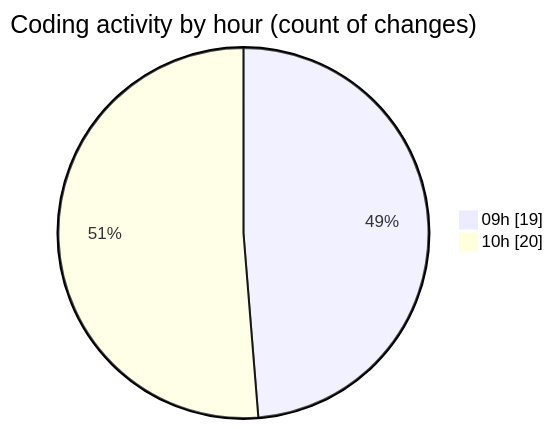
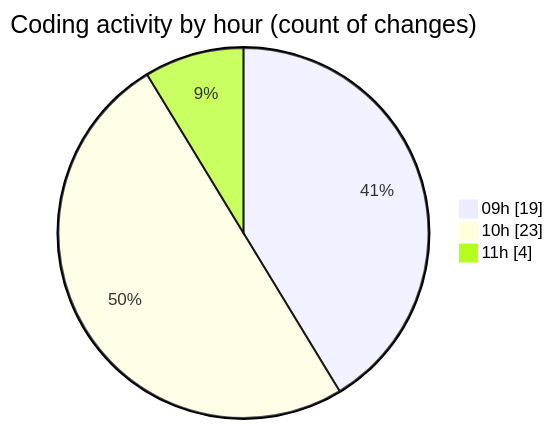
One commit to momahboobian/code-tracking changed the second of 2 diagrams in 2026-02-12/cda/README.md. Above: the diagram before and after it, drawn with Mermaid. The commit also changed other lines of this file and 1 other file, not shown here.

````diff
--- a/2026-02-12/cda/README.md
+++ b/2026-02-12/cda/README.md
@@ -32,6 +32,7 @@
 ```mermaid
 pie showData
 title Coding activity by hour (count of changes)
 "09h" : 19
-"10h" : 20
+"10h" : 23
+"11h" : 4
 ```
````
